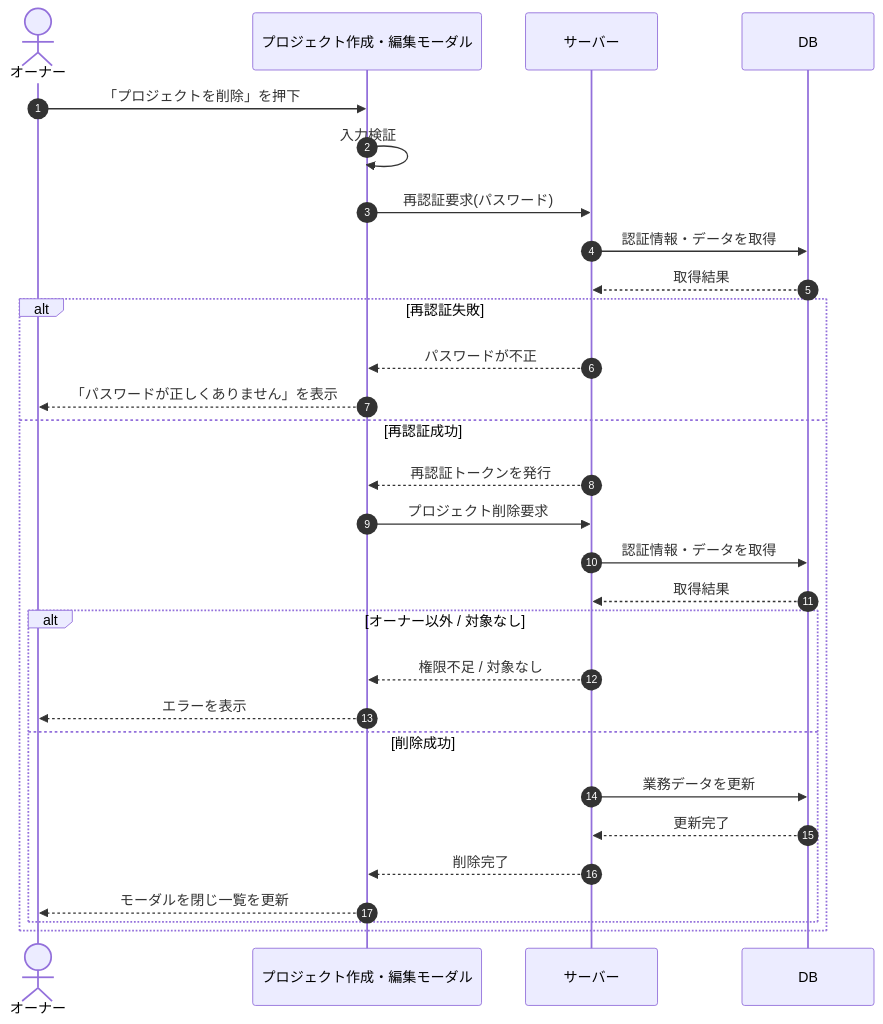
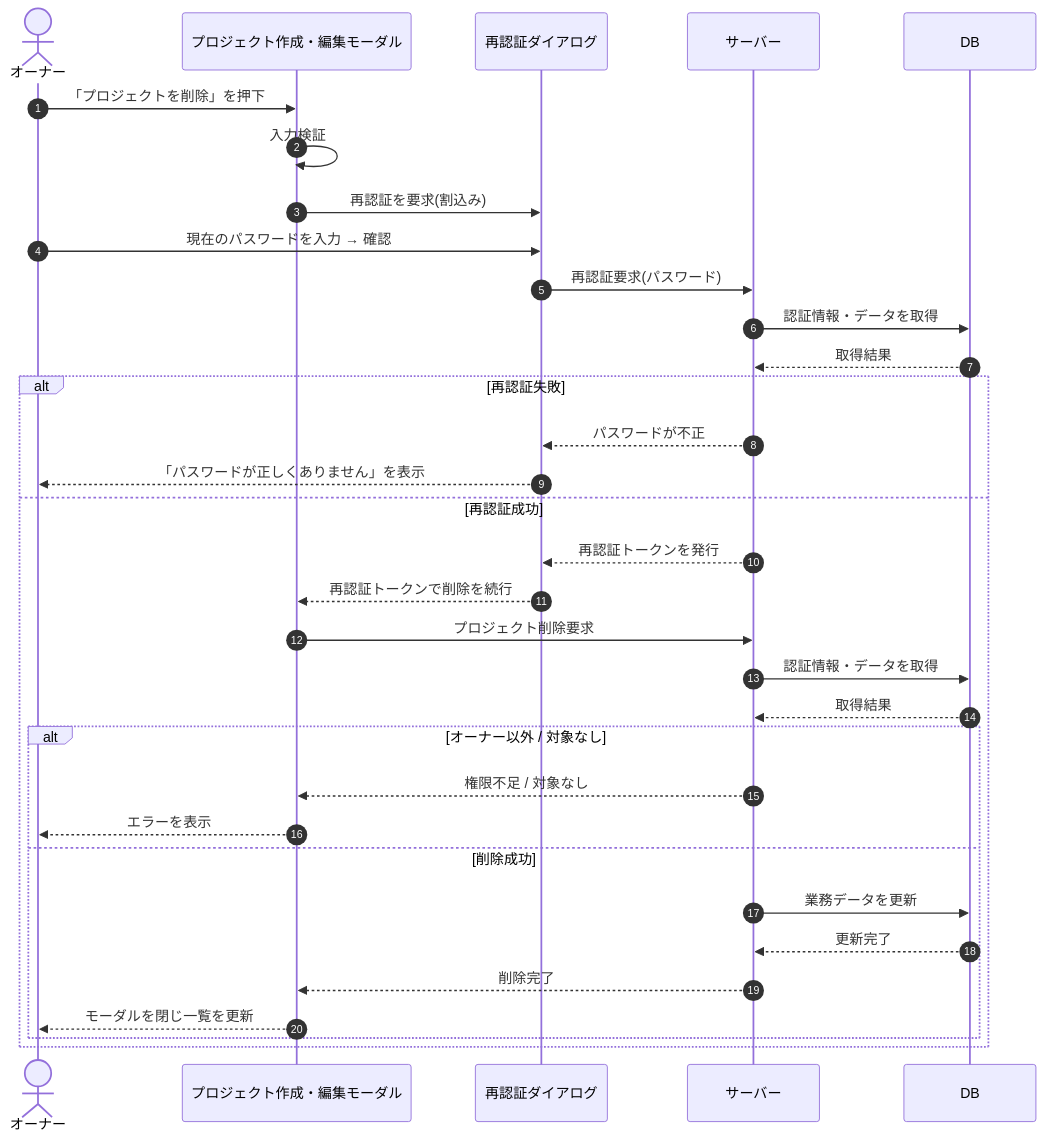
Before and after one commit to sikakou54/open-faq: the diagram in 02_basic_design/03_sequences/SEQ-014.md, drawn with Mermaid. The commit also changed other lines of this file and 99 other files, not shown here.

````diff
--- a/02_basic_design/03_sequences/SEQ-014.md
+++ b/02_basic_design/03_sequences/SEQ-014.md
@@ -25,31 +25,35 @@
 ```mermaid
 sequenceDiagram
   autonumber
   actor U as オーナー
   participant Screen as プロジェクト作成・編集モーダル
+  participant Dialog as 再認証ダイアログ
   participant Server as サーバー
   participant DB as DB
   U->>Screen: 「プロジェクトを削除」を押下
   Screen->>Screen: 入力検証
-  Screen->>Server: 再認証要求(パスワード)
+  Screen->>Dialog: 再認証を要求(割込み)
+  U->>Dialog: 現在のパスワードを入力 → 確認
+  Dialog->>Server: 再認証要求(パスワード)
   Server->>DB: 認証情報・データを取得
   DB-->>Server: 取得結果
   alt 再認証失敗
-    Server-->>Screen: パスワードが不正
-    Screen-->>U: 「パスワードが正しくありません」を表示
+    Server-->>Dialog: パスワードが不正
+    Dialog-->>U: 「パスワードが正しくありません」を表示
   else 再認証成功
-    Server-->>Screen: 再認証トークンを発行
+    Server-->>Dialog: 再認証トークンを発行
+    Dialog-->>Screen: 再認証トークンで削除を続行
     Screen->>Server: プロジェクト削除要求
     Server->>DB: 認証情報・データを取得
     DB-->>Server: 取得結果
     alt オーナー以外 / 対象なし
       Server-->>Screen: 権限不足 / 対象なし
       Screen-->>U: エラーを表示
     else 削除成功
       Server->>DB: 業務データを更新
       DB-->>Server: 更新完了
       Server-->>Screen: 削除完了
       Screen-->>U: モーダルを閉じ一覧を更新
     end
   end
 ```
````
